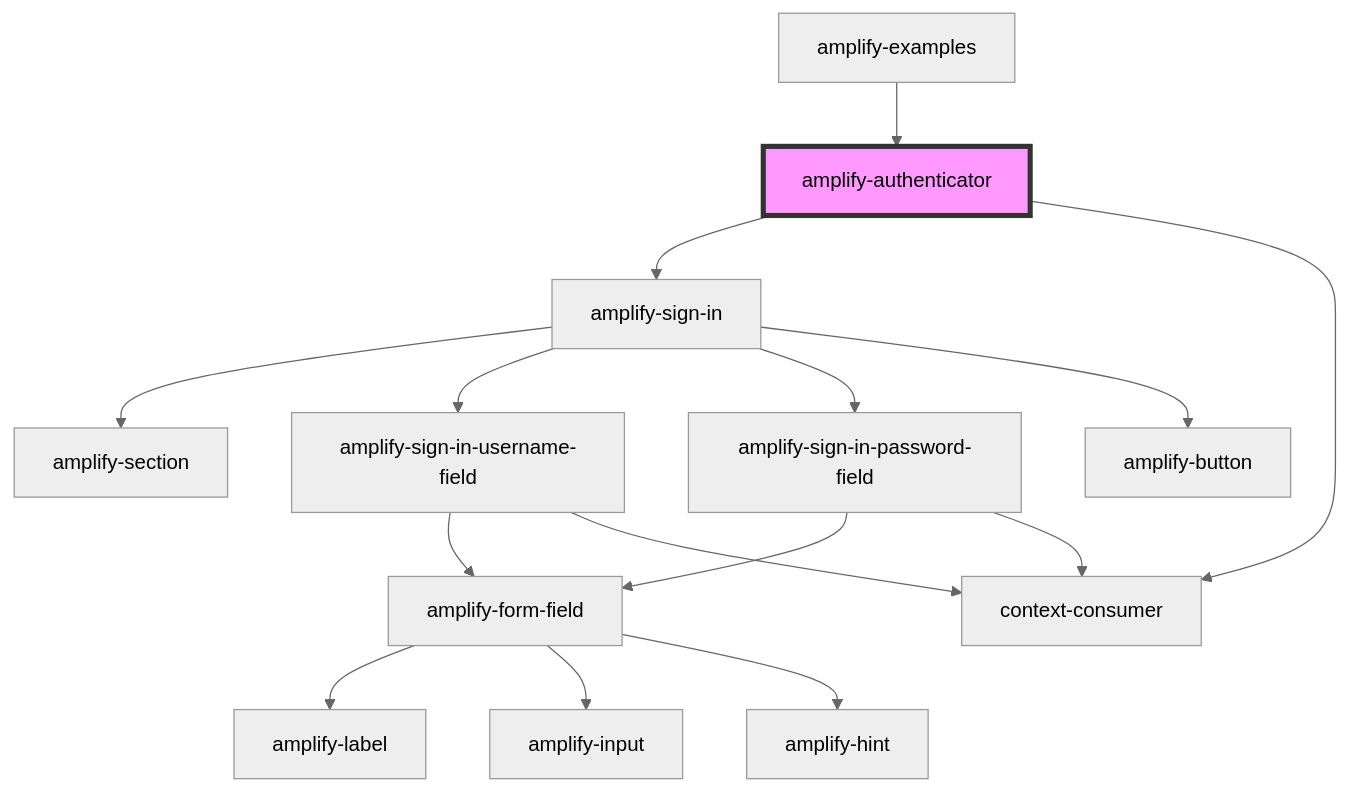
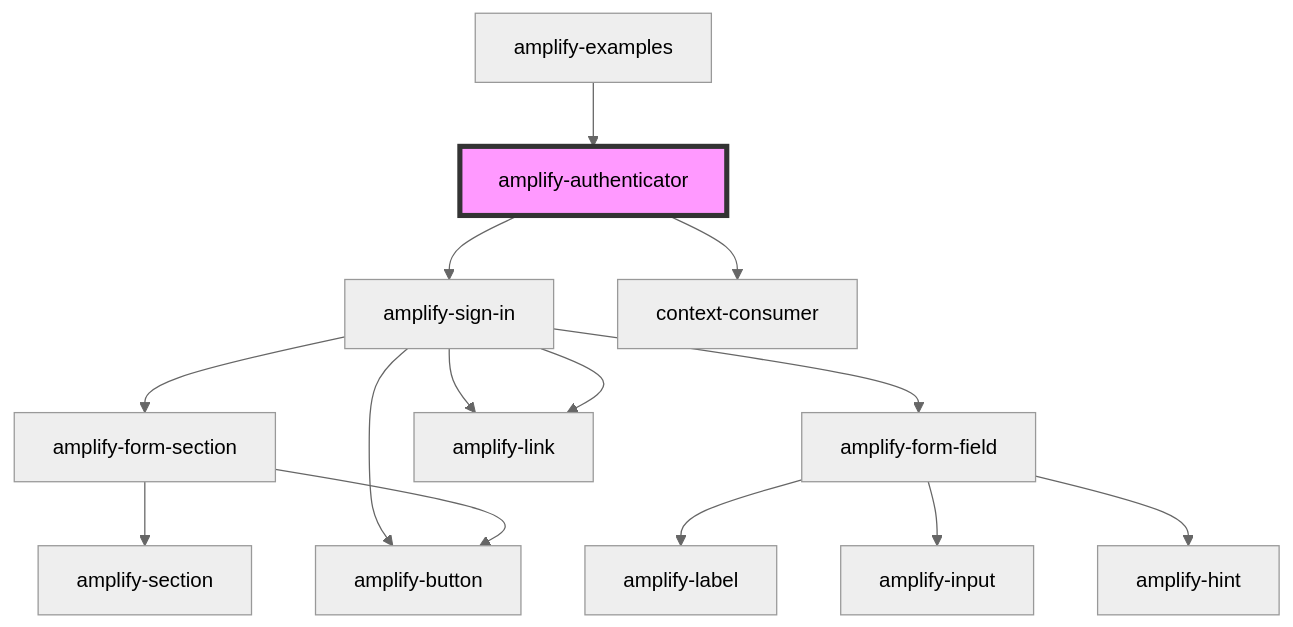
Before and after one commit to aws-amplify/amplify-js: the diagram in packages/amplify-ui-components/src/components/amplify-authenticator/readme.md, drawn with Mermaid (neutral theme). The commit also changed 12 other files, not shown here.

````diff
--- a/packages/amplify-ui-components/src/components/amplify-authenticator/readme.md
+++ b/packages/amplify-ui-components/src/components/amplify-authenticator/readme.md
@@ -36,18 +36,17 @@
 ```mermaid
 graph TD;
   amplify-authenticator --> amplify-sign-in
   amplify-authenticator --> context-consumer
-  amplify-sign-in --> amplify-section
-  amplify-sign-in --> amplify-sign-in-username-field
-  amplify-sign-in --> amplify-sign-in-password-field
+  amplify-sign-in --> amplify-form-section
+  amplify-sign-in --> amplify-form-field
+  amplify-sign-in --> amplify-link
+  amplify-sign-in --> amplify-link
   amplify-sign-in --> amplify-button
-  amplify-sign-in-username-field --> amplify-form-field
-  amplify-sign-in-username-field --> context-consumer
+  amplify-form-section --> amplify-section
+  amplify-form-section --> amplify-button
   amplify-form-field --> amplify-label
   amplify-form-field --> amplify-input
   amplify-form-field --> amplify-hint
-  amplify-sign-in-password-field --> amplify-form-field
-  amplify-sign-in-password-field --> context-consumer
   amplify-examples --> amplify-authenticator
   style amplify-authenticator fill:#f9f,stroke:#333,stroke-width:4px
 ```
````
